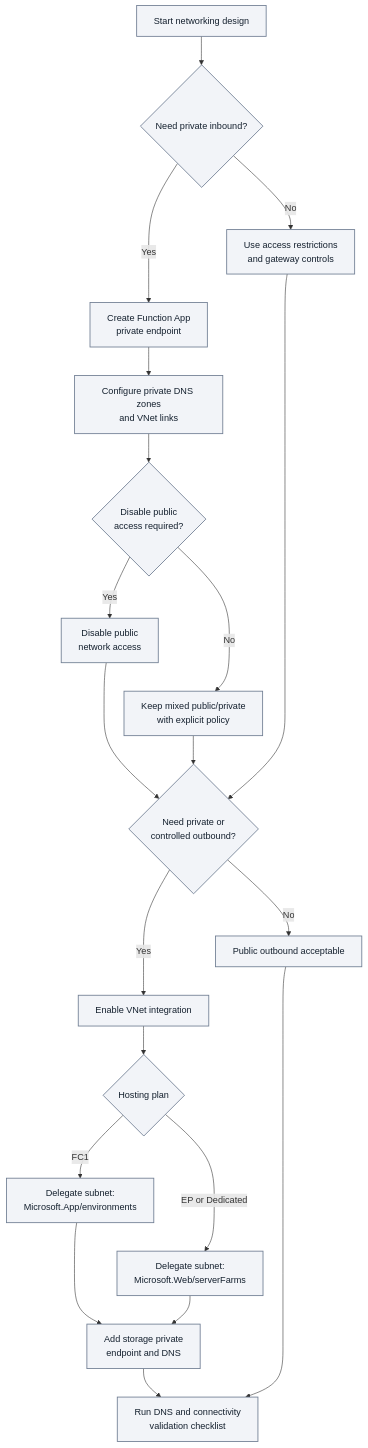
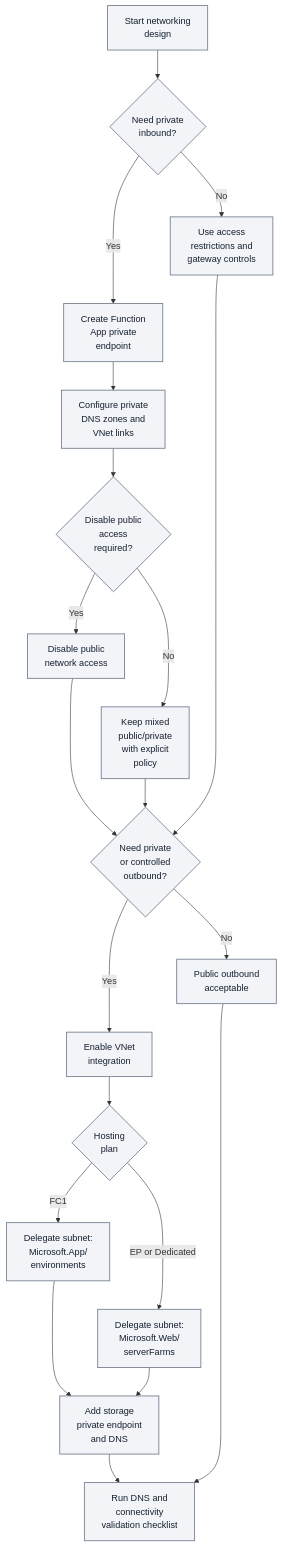
Before and after one commit to yeongseon/azure-functions-practical-guide: the third of 3 diagrams in docs/best-practices/networking.md, drawn with Mermaid. The commit also changed other lines of this file and 2 other files, not shown here.

Commit message:
docs(diagrams): clarify Functions networking decision flow, reference architecture and DNS sequence (#568)

````diff
--- a/docs/best-practices/networking.md
+++ b/docs/best-practices/networking.md
@@ -347,31 +349,31 @@
 ```mermaid
 flowchart TD
     accTitle: Functions ingress and egress design decisions
     accDescr: Illustrative design checklist preserves private-inbound Yes and No branches, both public-access policy outcomes, private or controlled outbound choices, FC1 versus EP or Dedicated delegation, storage endpoint and DNS planning, and final validation. Check hosting-plan support before applying the selected actions.
-    S[Start networking design] --> I{Need private inbound?}
-    I -->|Yes| PE["Create Function App<br/>private endpoint"]
-    I -->|No| AR["Use access restrictions<br/>and gateway controls"]
-    PE --> D1["Configure private DNS zones<br/>and VNet links"]
-    D1 --> P1{"Disable public<br/>access required?"}
+    S["Start networking<br/>design"] --> I{"Need private<br/>inbound?"}
+    I -->|Yes| PE["Create Function<br/>App private<br/>endpoint"]
+    I -->|No| AR["Use access<br/>restrictions and<br/>gateway controls"]
+    PE --> D1["Configure private<br/>DNS zones and<br/>VNet links"]
+    D1 --> P1{"Disable public<br/>access<br/>required?"}
     P1 -->|Yes| DP["Disable public<br/>network access"]
-    P1 -->|No| MP["Keep mixed public/private<br/>with explicit policy"]
-    AR --> O{"Need private or<br/>controlled outbound?"}
+    P1 -->|No| MP["Keep mixed<br/>public/private<br/>with explicit<br/>policy"]
+    AR --> O{"Need private<br/>or controlled<br/>outbound?"}
     DP --> O
     MP --> O
-    O -->|Yes| VI[Enable VNet integration]
-    O -->|No| PUB[Public outbound acceptable]
-    VI --> SUB{Hosting plan}
-    SUB -->|FC1| DEL1["Delegate subnet:<br/>Microsoft.App/environments"]
-    SUB -->|EP or Dedicated| DEL2["Delegate subnet:<br/>Microsoft.Web/serverFarms"]
-    DEL1 --> ST["Add storage private<br/>endpoint and DNS"]
+    O -->|Yes| VI["Enable VNet<br/>integration"]
+    O -->|No| PUB["Public outbound<br/>acceptable"]
+    VI --> SUB{"Hosting<br/>plan"}
+    SUB -->|FC1| DEL1["Delegate subnet:<br/>Microsoft.App/<br/>environments"]
+    SUB -->|EP or Dedicated| DEL2["Delegate subnet:<br/>Microsoft.Web/<br/>serverFarms"]
+    DEL1 --> ST["Add storage<br/>private endpoint<br/>and DNS"]
     DEL2 --> ST
-    ST --> VAL["Run DNS and connectivity<br/>validation checklist"]
+    ST --> VAL["Run DNS and<br/>connectivity<br/>validation checklist"]
     PUB --> VAL
     %% Layout-only links serialize alternatives; add no design steps or arrows.
     AR ~~~ PE
     DP ~~~ MP
     PUB ~~~ VI
     DEL1 ~~~ DEL2
     classDef neutral fill:#f2f4f8,stroke:#707e93,stroke-width:1.5px,color:#14202e;
     class S,I,PE,AR,D1,P1,DP,MP,O,VI,PUB,SUB,DEL1,DEL2,ST,VAL neutral;
 ```
````
